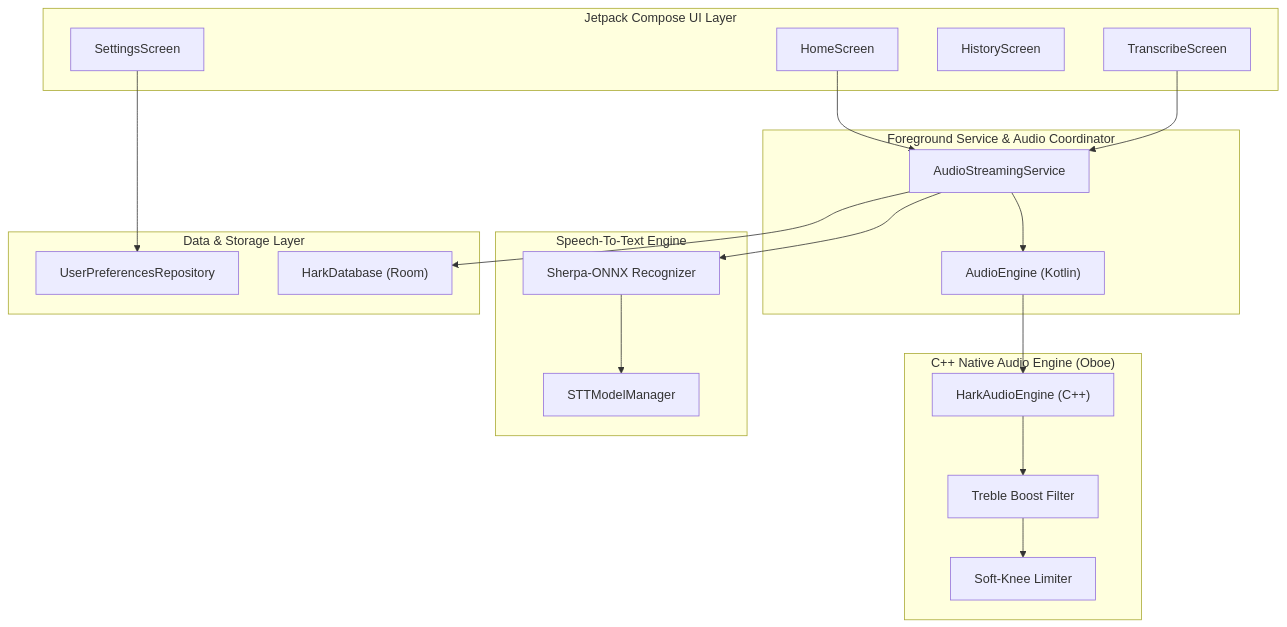
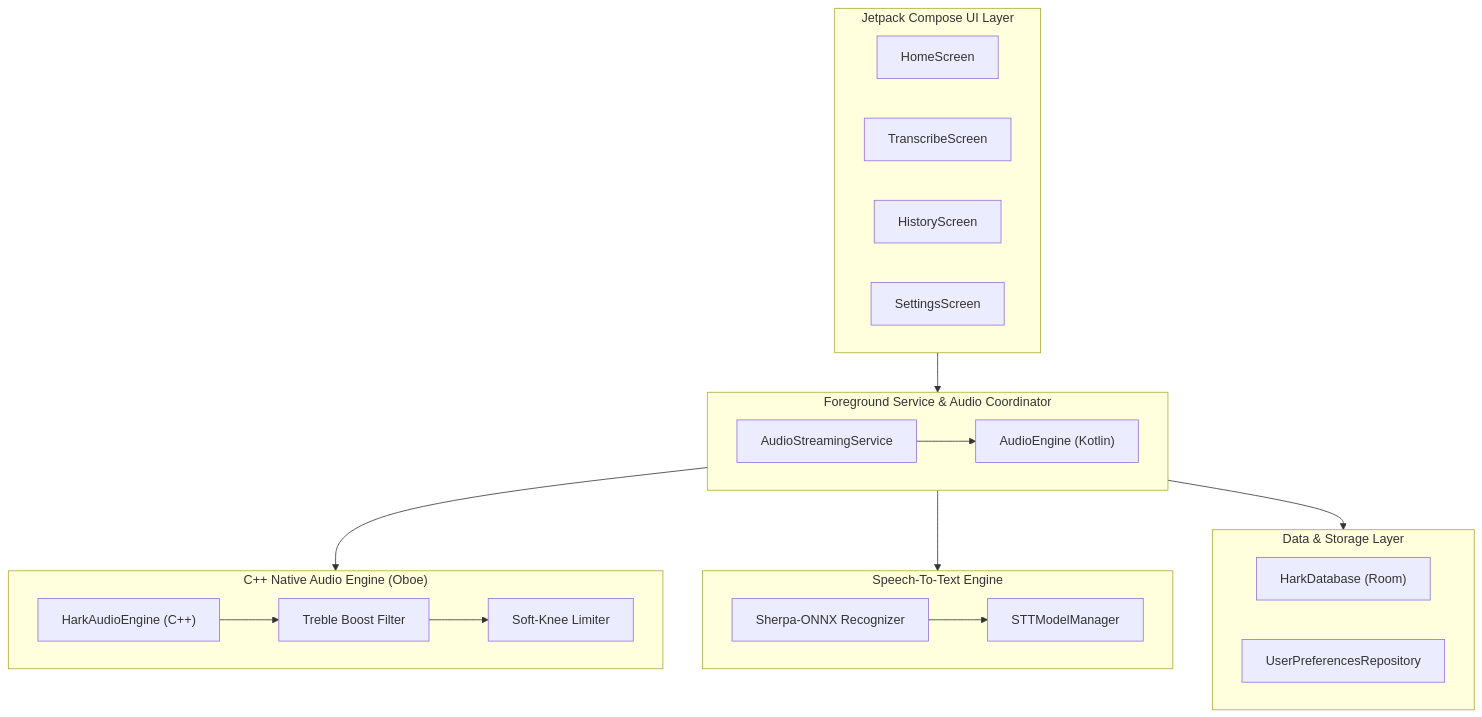
One commit to thivyan-studios/hark-app changed the diagram in README.md. Above: the diagram before and after it, drawn with Mermaid. The commit also changed 1 other file, not shown here.

Commit message:
Trying to fix Mermaid Diagrams

````diff
--- a/README.md
+++ b/README.md
@@ -33,40 +33,38 @@
 ```mermaid
 flowchart TD
     subgraph UI ["Jetpack Compose UI Layer"]
         HomeScreen["HomeScreen"]
         TranscribeScreen["TranscribeScreen"]
         HistoryScreen["HistoryScreen"]
         SettingsScreen["SettingsScreen"]
     end
 
     subgraph Core ["Foreground Service & Audio Coordinator"]
         Service["AudioStreamingService"]
         AudioEngine["AudioEngine (Kotlin)"]
         Service --> AudioEngine
     end
 
     subgraph Native ["C++ Native Audio Engine (Oboe)"]
         HarkNative["HarkAudioEngine (C++)"]
         TrebleFilter["Treble Boost Filter"]
         Limiter["Soft-Knee Limiter"]
         HarkNative --> TrebleFilter --> Limiter
     end
 
     subgraph ML ["Speech-To-Text Engine"]
         Sherpa["Sherpa-ONNX Recognizer"]
         ModelMgr["STTModelManager"]
         Sherpa --> ModelMgr
     end
 
     subgraph Storage ["Data & Storage Layer"]
+        RoomDB["HarkDatabase (Room)"]
         DataStore["UserPreferencesRepository"]
-        RoomDB["HarkDatabase (Room)"]
     end
 
-    HomeScreen --> Service
-    TranscribeScreen --> Service
-    SettingsScreen --> DataStore
-    AudioEngine --> HarkNative
-    Service --> Sherpa
-    Service --> RoomDB
+    UI --> Core
+    Core --> Native
+    Core --> ML
+    Core --> Storage
 ```
````
